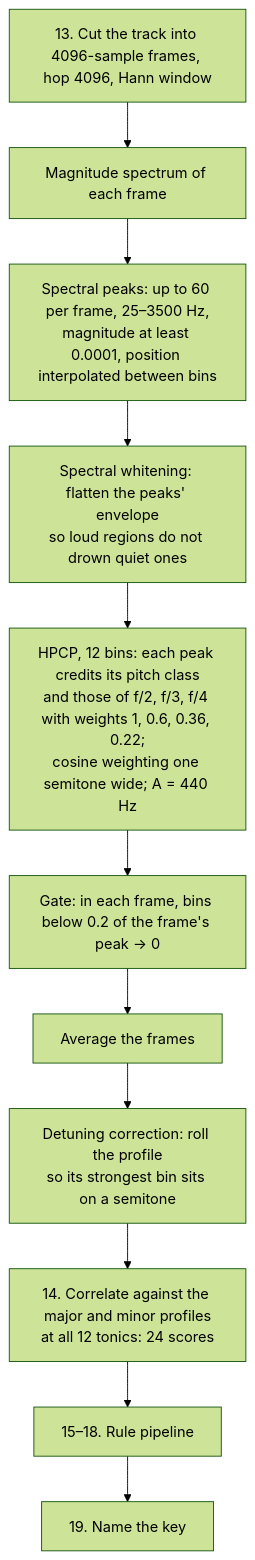
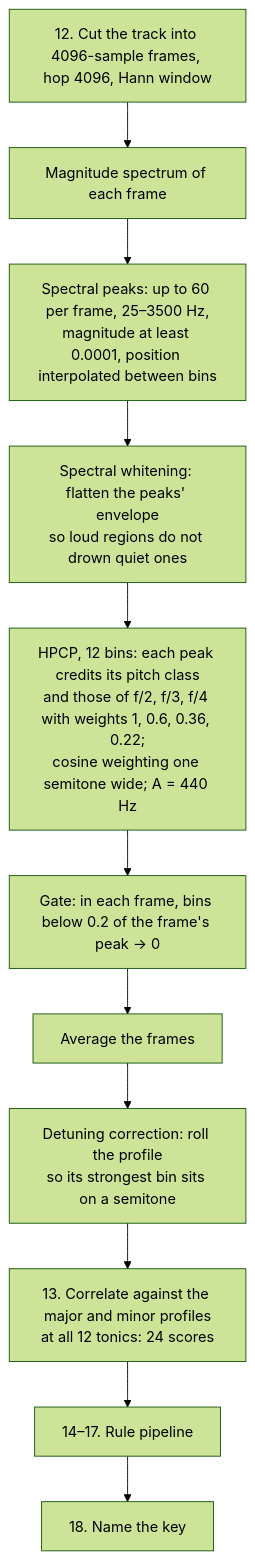
Before and after one commit to Wirlax/rbxport: the diagram in crates/rbl-analysis/docs/key.md, drawn with Mermaid (forest theme). The commit also changed other lines of this file and 6 other files, not shown here.

````diff
--- a/crates/rbl-analysis/docs/key.md
+++ b/crates/rbl-analysis/docs/key.md
@@ -10,13 +10,13 @@
 ```mermaid
 flowchart TD
-    A[13. Cut the track into 4096-sample frames, hop 4096, Hann window] --> B[Magnitude spectrum of each frame]
+    A[12. Cut the track into 4096-sample frames, hop 4096, Hann window] --> B[Magnitude spectrum of each frame]
     B --> C[Spectral peaks: up to 60 per frame, 25–3500 Hz,<br/>magnitude at least 0.0001, position interpolated between bins]
     C --> D[Spectral whitening: flatten the peaks' envelope<br/>so loud regions do not drown quiet ones]
     D --> E[HPCP, 12 bins: each peak credits its pitch class<br/>and those of f/2, f/3, f/4 with weights 1, 0.6, 0.36, 0.22;<br/>cosine weighting one semitone wide; A = 440 Hz]
     E --> F[Gate: in each frame, bins below 0.2 of the frame's peak → 0]
     F --> G[Average the frames]
     G --> H[Detuning correction: roll the profile<br/>so its strongest bin sits on a semitone]
-    H --> I[14. Correlate against the major and minor profiles<br/>at all 12 tonics: 24 scores]
-    I --> J[15–18. Rule pipeline]
-    J --> K[19. Name the key]
+    H --> I[13. Correlate against the major and minor profiles<br/>at all 12 tonics: 24 scores]
+    I --> J[14–17. Rule pipeline]
+    J --> K[18. Name the key]
 ```
````
